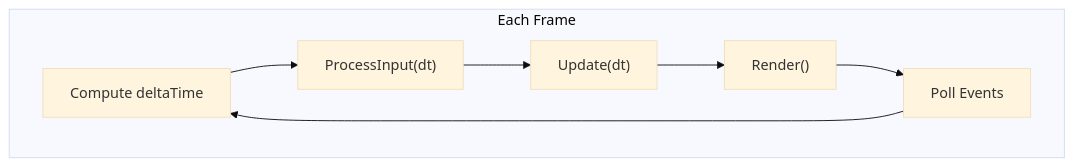
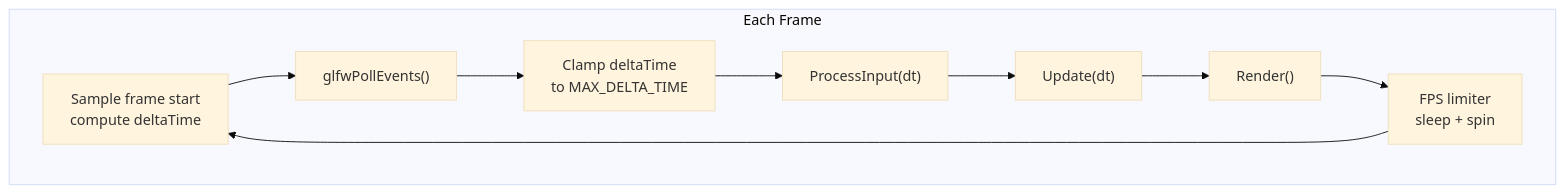
One commit to baaz777/rift changed the second of 7 diagrams in docs/ARCHITECTURE.md. Above: the diagram before and after it, drawn with Mermaid (base theme). The commit also changed other lines of this file, not shown here.

Commit message:
📝 Rewrite ARCHITECTURE for the ECS core

```diff
--- a/docs/ARCHITECTURE.md
+++ b/docs/ARCHITECTURE.md
@@ -127,12 +159,14 @@
 <pre class="mermaid">
 flowchart LR
     subgraph Frame["Each Frame"]
         direction LR
-        A["Compute deltaTime"] --> B["ProcessInput(dt)"]
-        B --> C["Update(dt)"]
-        C --> D["Render()"]
-        D --> E["Poll Events"]
+        A["Sample frame start<br/>compute deltaTime"] --> B["glfwPollEvents()"]
+        B --> C["Clamp deltaTime<br/>to MAX_DELTA_TIME"]
+        C --> D["ProcessInput(dt)"]
+        D --> E["Update(dt)"]
+        E --> F["Render()"]
+        F --> G["FPS limiter<br/>sleep + spin"]
     end
 
-    E --> A
+    G --> A
 </pre>
```
